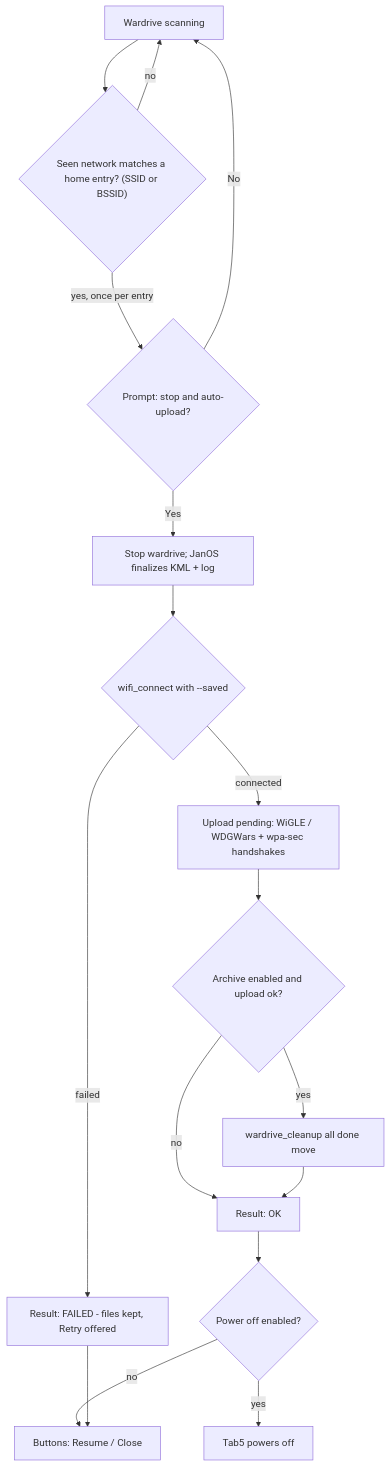
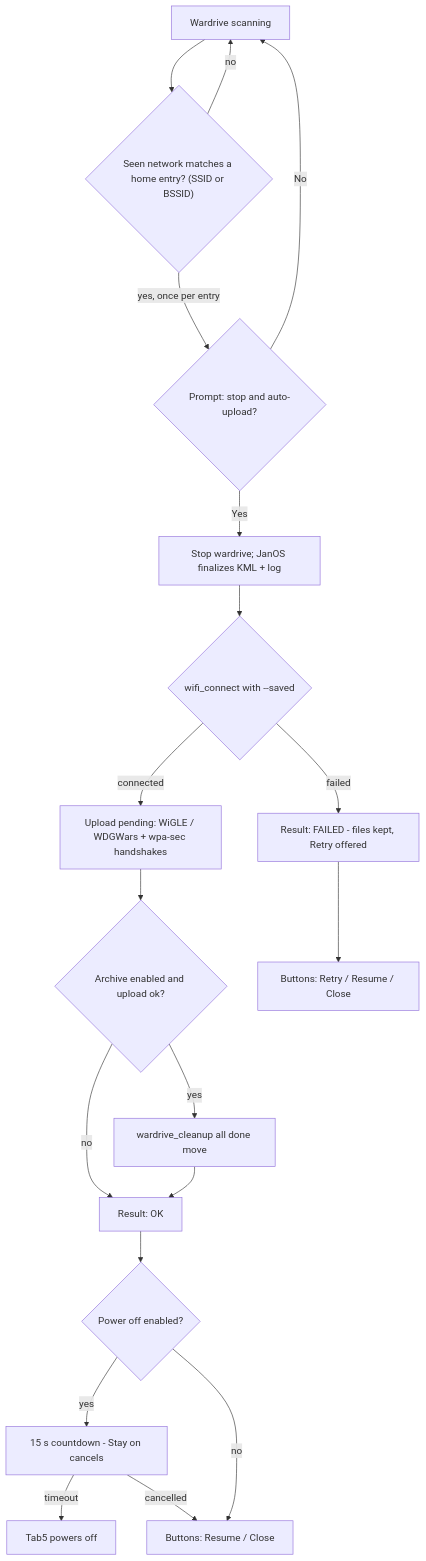
Before and after one commit to C5Lab/M5MonsterC5-Tab5: the second of 2 diagrams in docs/Wardrive_AutoUpload_HomeNetworks.md, drawn with Mermaid. The commit also changed other lines of this file and 4 other files, not shown here.

````diff
--- a/docs/Wardrive_AutoUpload_HomeNetworks.md
+++ b/docs/Wardrive_AutoUpload_HomeNetworks.md
@@ -176,18 +178,20 @@
 ```mermaid
 flowchart TD
     S["Wardrive scanning"] --> D{"Seen network matches a home entry? (SSID or BSSID)"}
     D -->|"no"| S
     D -->|"yes, once per entry"| P{"Prompt: stop and auto-upload?"}
     P -->|"No"| S
     P -->|"Yes"| ST["Stop wardrive; JanOS finalizes KML + log"]
     ST --> C{"wifi_connect with --saved"}
     C -->|"failed"| RF["Result: FAILED - files kept, Retry offered"]
     C -->|"connected"| U["Upload pending: WiGLE / WDGWars + wpa-sec handshakes"]
     U --> AR{"Archive enabled and upload ok?"}
     AR -->|"no"| RS["Result: OK"]
     AR -->|"yes"| MV["wardrive_cleanup all done move"] --> RS
     RS --> PO{"Power off enabled?"}
-    PO -->|"yes"| OFF["Tab5 powers off"]
-    PO -->|"no"| E["Buttons: Resume / Close"]
-    RF --> E
+    PO -->|"yes"| CD["15 s countdown - Stay on cancels"]
+    CD -->|"timeout"| OFF["Tab5 powers off"]
+    CD -->|"cancelled"| E["Buttons: Resume / Close"]
+    PO -->|"no"| E
+    RF --> E2["Buttons: Retry / Resume / Close"]
 ```
````
